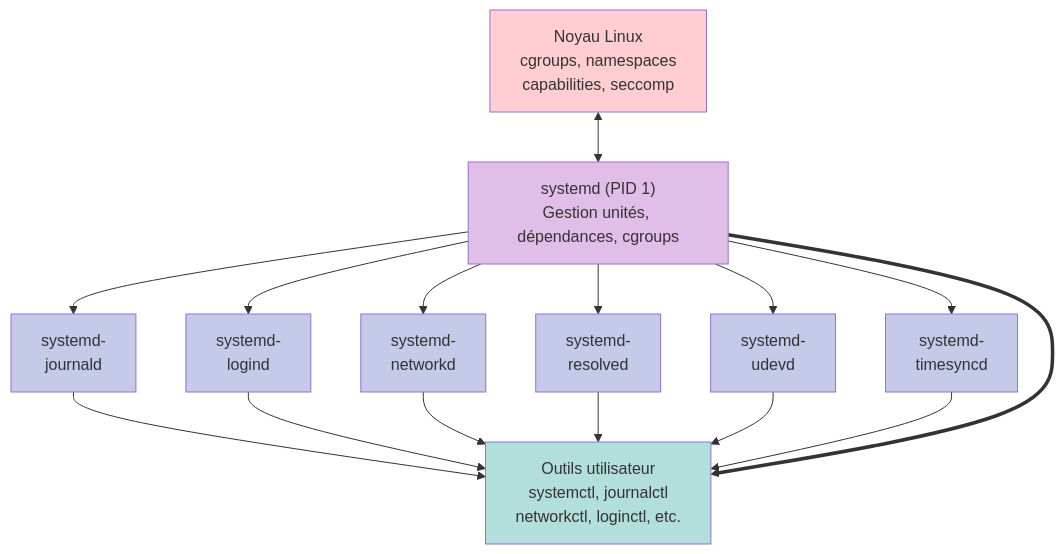
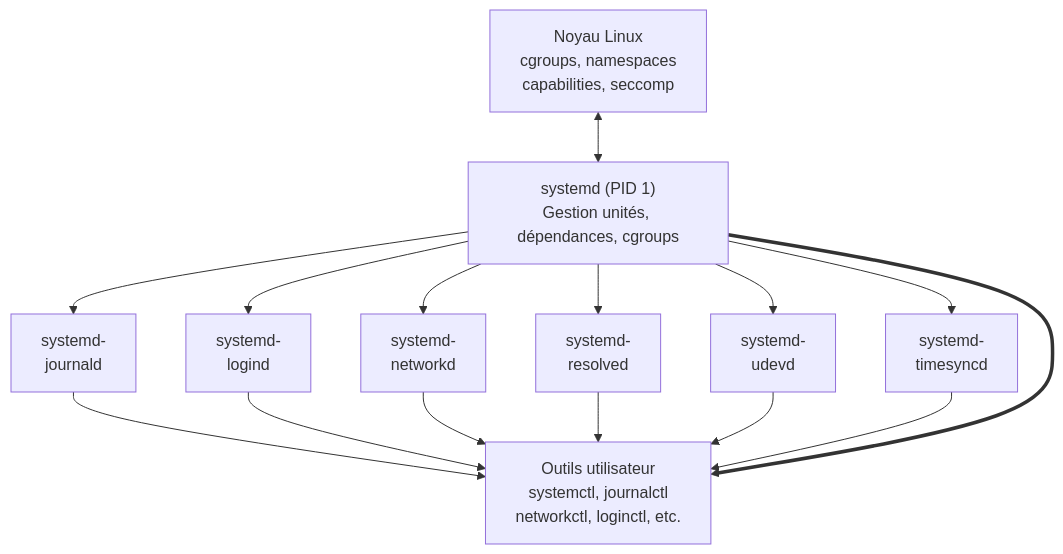
The fourth of 4 diagrams in docs/introduction/architecture.md (vignemail1/systemd-doc), drawn with Mermaid before and after one commit. The commit also changed other lines of this file and 2 other files, not shown here.

Commit message:
fix: mermaid font color and admonition networkctl

````diff
--- a/docs/introduction/architecture.md
+++ b/docs/introduction/architecture.md
@@ -272,41 +272,41 @@
 ```mermaid
 graph TB
     kernel["Noyau Linux<br/>cgroups, namespaces<br/>capabilities, seccomp"]
     systemd["systemd (PID 1)<br/>Gestion unités, dépendances, cgroups"]
     
     journald["systemd-<br/>journald"]
     logind["systemd-<br/>logind"]
     networkd["systemd-<br/>networkd"]
     resolved["systemd-<br/>resolved"]
     udevd["systemd-<br/>udevd"]
     timesyncd["systemd-<br/>timesyncd"]
     
     tools["Outils utilisateur<br/>systemctl, journalctl<br/>networkctl, loginctl, etc."]
     
     kernel <--> systemd
     
     systemd --> journald
     systemd --> logind
     systemd --> networkd
     systemd --> resolved
     systemd --> udevd
     systemd --> timesyncd
     
     journald --> tools
     logind --> tools
     networkd --> tools
     resolved --> tools
     udevd --> tools
     timesyncd --> tools
     systemd ==> tools
     
-    style kernel fill:#FFCDD2
-    style systemd fill:#E1BEE7
-    style journald fill:#C5CAE9
-    style logind fill:#C5CAE9
-    style networkd fill:#C5CAE9
-    style resolved fill:#C5CAE9
-    style udevd fill:#C5CAE9
-    style timesyncd fill:#C5CAE9
-    style tools fill:#B2DFDB
+    style kernel fill:#FFCDD2 color:#1b1b1b
+    style systemd fill:#E1BEE7 color:#1b1b1b
+    style journald fill:#C5CAE9 color:#1b1b1b
+    style logind fill:#C5CAE9 color:#1b1b1b
+    style networkd fill:#C5CAE9 color:#1b1b1b
+    style resolved fill:#C5CAE9 color:#1b1b1b
+    style udevd fill:#C5CAE9 color:#1b1b1b
+    style timesyncd fill:#C5CAE9 color:#1b1b1b
+    style tools fill:#B2DFDB color:#1b1b1b
 ```
````
